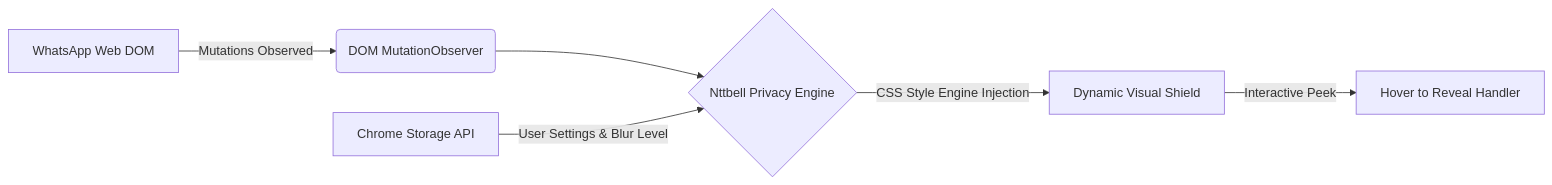
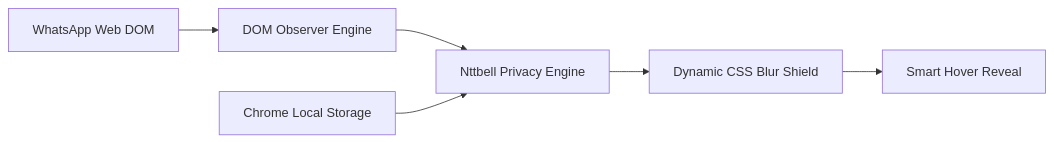
One commit to notbell1/nttbell-assistant changed the diagram in README.md. Above: the diagram before and after it, drawn with Mermaid. The commit also changed other lines of this file, not shown here.

````diff
--- a/README.md
+++ b/README.md
@@ -114,8 +90,8 @@
 ```mermaid
-flowchart LR
-    A[WhatsApp Web DOM] -->|Mutations Observed| B(DOM MutationObserver)
-    B --> C{Nttbell Privacy Engine}
-    D[Chrome Storage API] -->|User Settings & Blur Level| C
-    C -->|CSS Style Engine Injection| E[Dynamic Visual Shield]
-    E -->|Interactive Peek| F[Hover to Reveal Handler]
+graph LR
+    A["WhatsApp Web DOM"] --> B["DOM Observer Engine"]
+    B --> C["Nttbell Privacy Engine"]
+    D["Chrome Local Storage"] --> C
+    C --> E["Dynamic CSS Blur Shield"]
+    E --> F["Smart Hover Reveal"]
 ```
````
